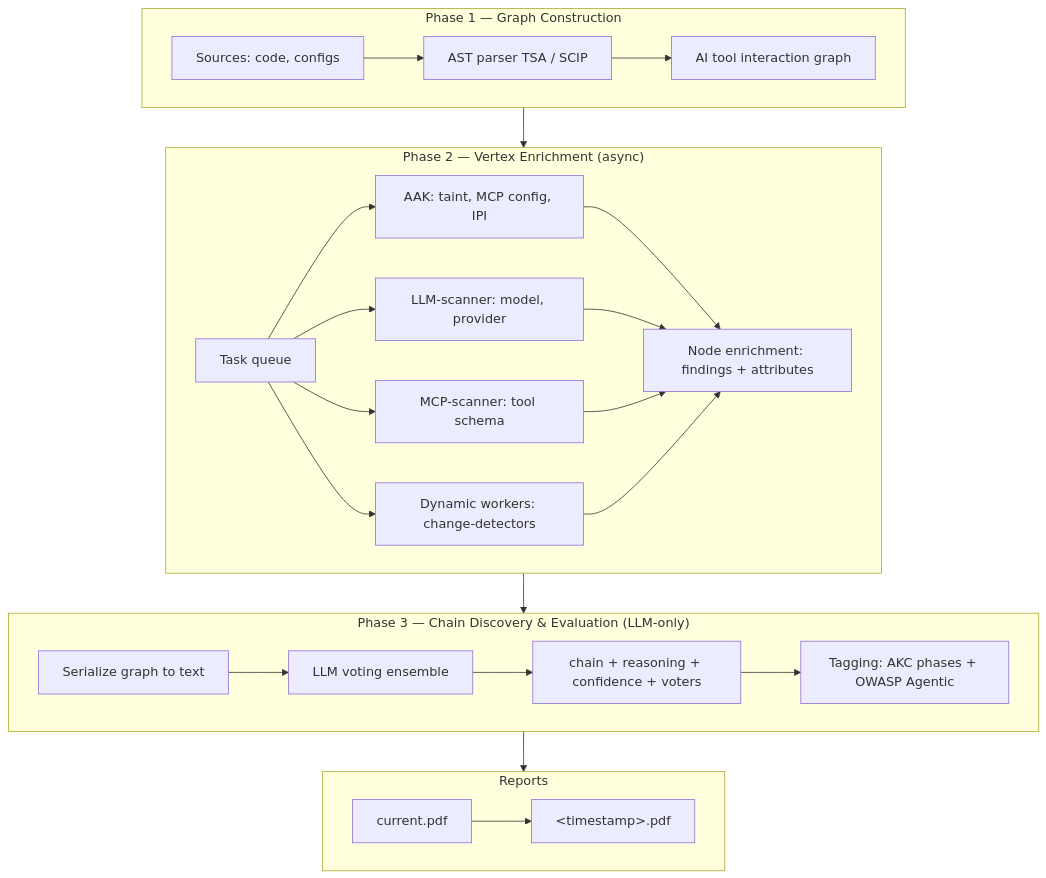
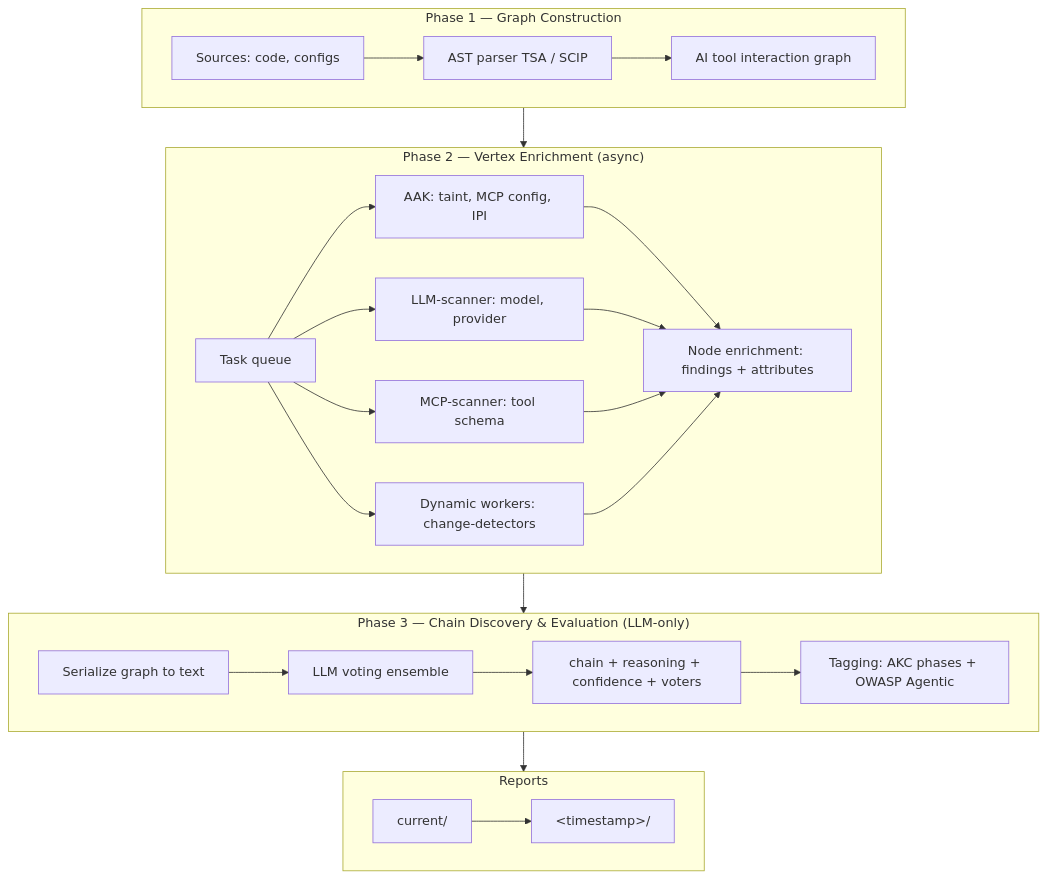
Before and after one commit to Malinowiy/AICorellator: the second of 6 diagrams in README.md, drawn with Mermaid. The commit also changed other lines of this file and 8 other files, not shown here.

Commit message:
Architecture review leads to fixes.

````diff
--- a/README.md
+++ b/README.md
@@ -44,33 +44,33 @@
 ```mermaid
 flowchart TB
     subgraph P1["Phase 1 — Graph Construction"]
         SRC[Sources: code, configs] --> AST[AST parser TSA / SCIP]
         AST --> G[AI tool interaction graph]
     end
 
     subgraph P2["Phase 2 — Vertex Enrichment (async)"]
         Q[Task queue]
         Q --> W1[AAK: taint, MCP config, IPI]
         Q --> W2[LLM-scanner: model, provider]
         Q --> W3[MCP-scanner: tool schema]
         Q --> WD[Dynamic workers: change-detectors]
         W1 --> EN[Node enrichment: findings + attributes]
         W2 --> EN
         W3 --> EN
         WD --> EN
     end
 
     subgraph P3["Phase 3 — Chain Discovery & Evaluation (LLM-only)"]
         SER[Serialize graph to text] --> LLM[LLM voting ensemble]
         LLM --> CH[chain + reasoning + confidence + voters]
         CH --> TAG[Tagging: AKC phases + OWASP Agentic]
     end
 
     subgraph OUT["Reports"]
-        CUR[current.pdf] --> ARCH["&lt;timestamp&gt;.pdf"]
+        CUR[current/] --> ARCH["&lt;timestamp&gt;/"]
     end
 
     P1 --> P2
     P2 --> P3
     P3 --> OUT
 ```
````
